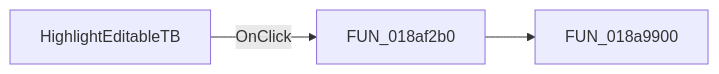
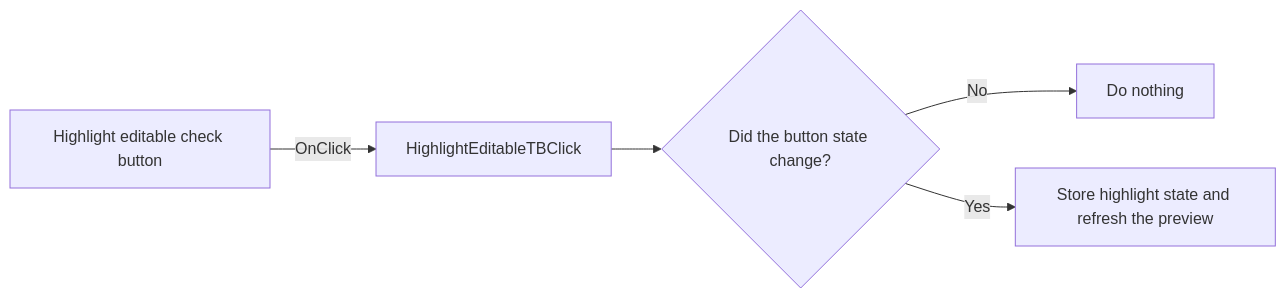
The diagram in docs/ui-controls/frxpreviewform/highlighteditabletb-a9c6d713d1.md (MovGP0/TIARA), drawn with Mermaid before and after one commit. The commit also changed other lines of this file and 387 other files, not shown here.

````diff
--- a/docs/ui-controls/frxpreviewform/highlighteditabletb-a9c6d713d1.md
+++ b/docs/ui-controls/frxpreviewform/highlighteditabletb-a9c6d713d1.md
@@ -27,5 +27,7 @@
 ```mermaid
 flowchart LR
-    control["HighlightEditableTB"] -->|OnClick| handler["FUN_018af2b0"]
-    handler --> call1["FUN_018a9900"]
+    control["Highlight editable check button"] -->|OnClick| handler["HighlightEditableTBClick"]
+    handler --> compare{"Did the button state change?"}
+    compare -->|No| noop["Do nothing"]
+    compare -->|Yes| apply["Store highlight state and refresh the preview"]
 ```
````
